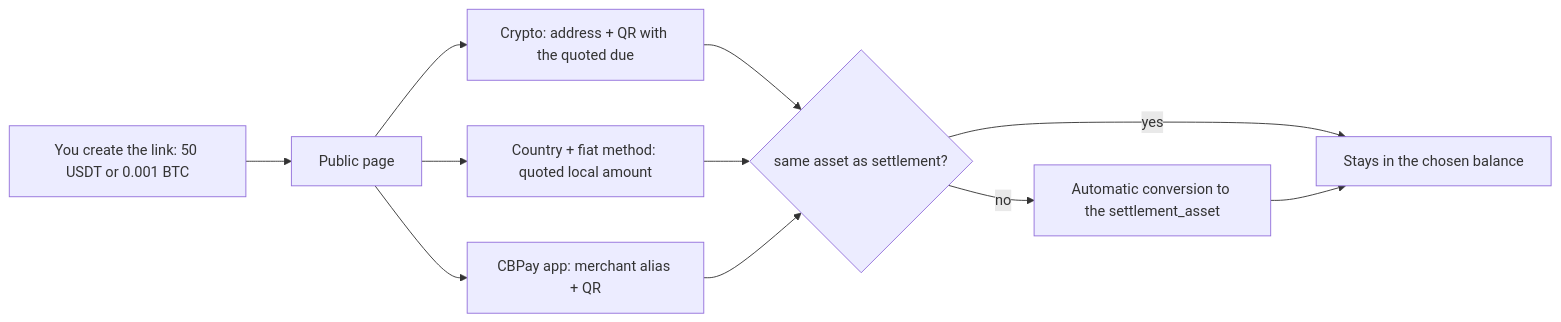
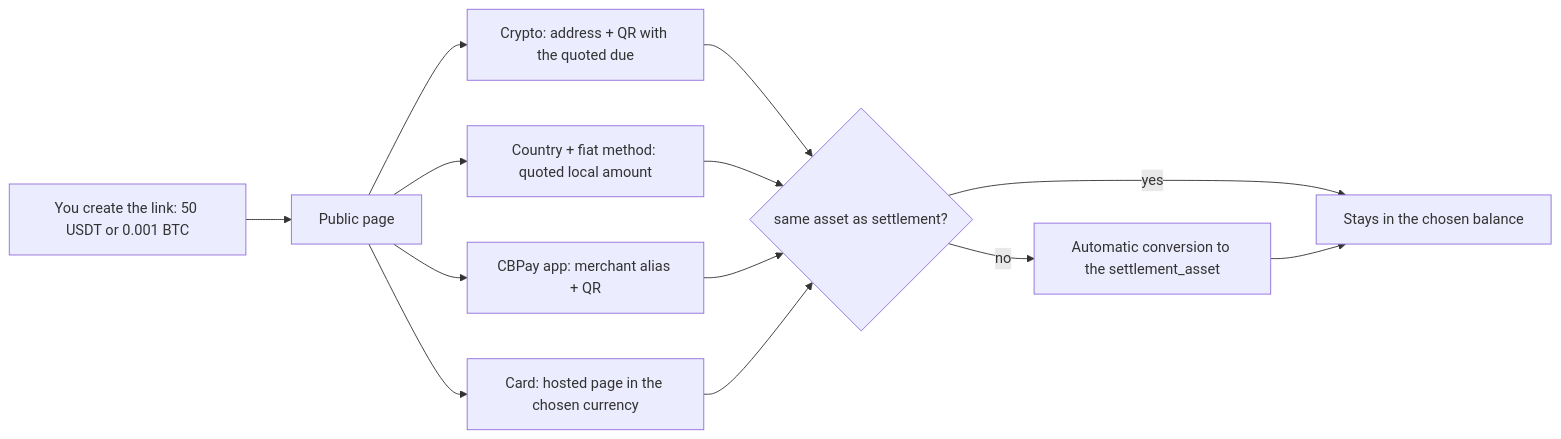
The second of 2 diagrams in en/guides/payins.mdx (SaturoS17/docs), drawn with Mermaid before and after one commit. The commit also changed other lines of this file and 13 other files, not shown here.

````diff
--- a/en/guides/payins.mdx
+++ b/en/guides/payins.mdx
@@ -533,13 +537,15 @@
 ```mermaid
 flowchart LR
     M[You create the link: 50 USDT or 0.001 BTC] --> P[Public page]
     P --> C1[Crypto: address + QR with the quoted due]
     P --> C2[Country + fiat method: quoted local amount]
     P --> C3[CBPay app: merchant alias + QR]
+    P --> C4[Card: hosted page in the chosen currency]
     C1 --> S{same asset as settlement?}
     C2 --> S
     C3 --> S
+    C4 --> S
     S -->|yes| FIN[Stays in the chosen balance]
     S -->|no| SW[Automatic conversion to the settlement_asset]
     SW --> FIN
 ```
````
